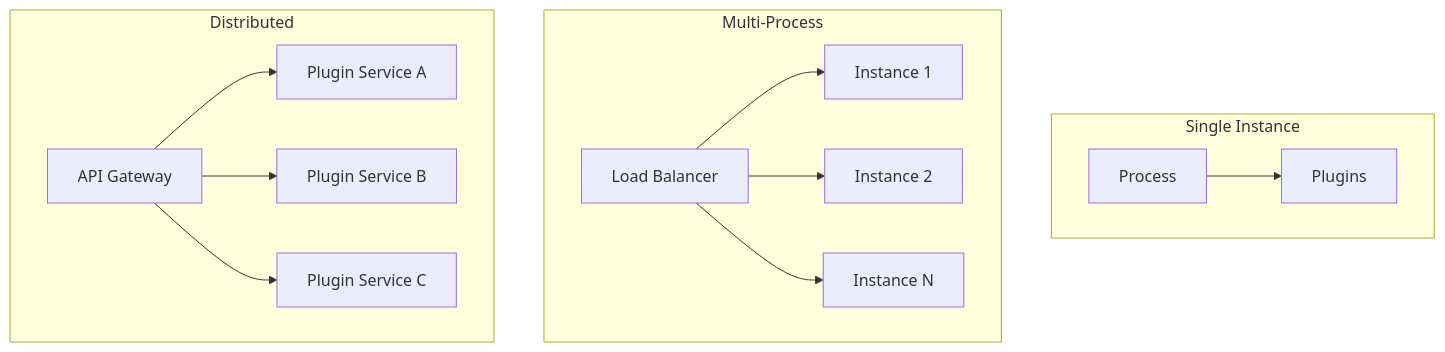
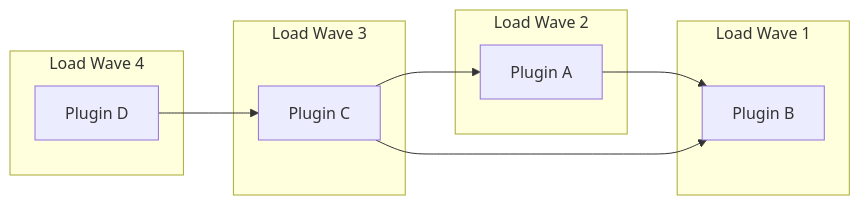
Before and after one commit to traoreera/xcore: the second of 2 diagrams in doc/architecture/overview.md, drawn with Mermaid. The commit also changed other lines of this file and 99 other files, not shown here.

````diff
--- a/doc/architecture/overview.md
+++ b/doc/architecture/overview.md
@@ -575,18 +89,20 @@
 ```mermaid
-flowchart TB
-    subgraph Single["Single Instance"]
-        A[Process] --> B[Plugins]
+graph LR
+    P1[Plugin A] --> P2[Plugin B]
+    P3[Plugin C] --> P1
+    P3 --> P2
+    P4[Plugin D] --> P3
+
+    subgraph "Load Wave 1"
+    P2
     end
-
-    subgraph Multi["Multi-Process"]
-        C[Load Balancer] --> D[Instance 1]
-        C --> E[Instance 2]
-        C --> F[Instance N]
+    subgraph "Load Wave 2"
+    P1
     end
-
-    subgraph Distributed["Distributed"]
-        G[API Gateway] --> H[Plugin Service A]
-        G --> I[Plugin Service B]
-        G --> J[Plugin Service C]
+    subgraph "Load Wave 3"
+    P3
+    end
+    subgraph "Load Wave 4"
+    P4
     end
 ```
````
